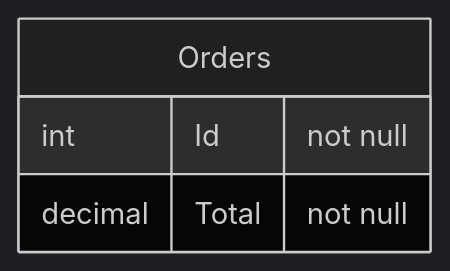
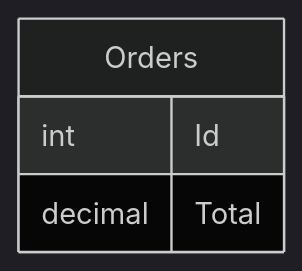
Before and after one commit to SimonCropp/DbToMermaid: the diagram in src/SqlServerToMermaidTool.Tests/IntegrationTests.RawSql_ToMarkdown.verified.md, drawn with Mermaid (dark theme). The commit also changed 12 other files, not shown here.

````diff
--- a/src/SqlServerToMermaidTool.Tests/IntegrationTests.RawSql_ToMarkdown.verified.md
+++ b/src/SqlServerToMermaidTool.Tests/IntegrationTests.RawSql_ToMarkdown.verified.md
@@ -1,7 +1,7 @@
 ```mermaid
 erDiagram
   Orders {
-    int Id "not null"
-    decimal Total "not null"
+    int Id
+    decimal Total
   }
 ```
````
